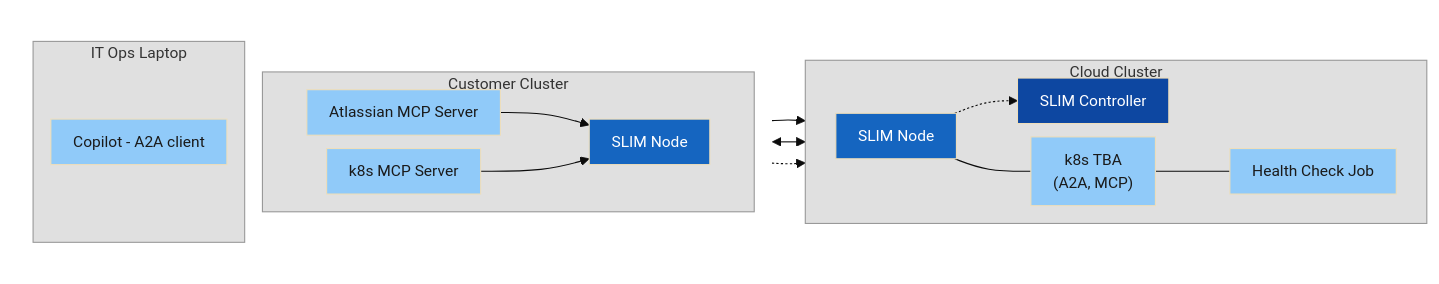
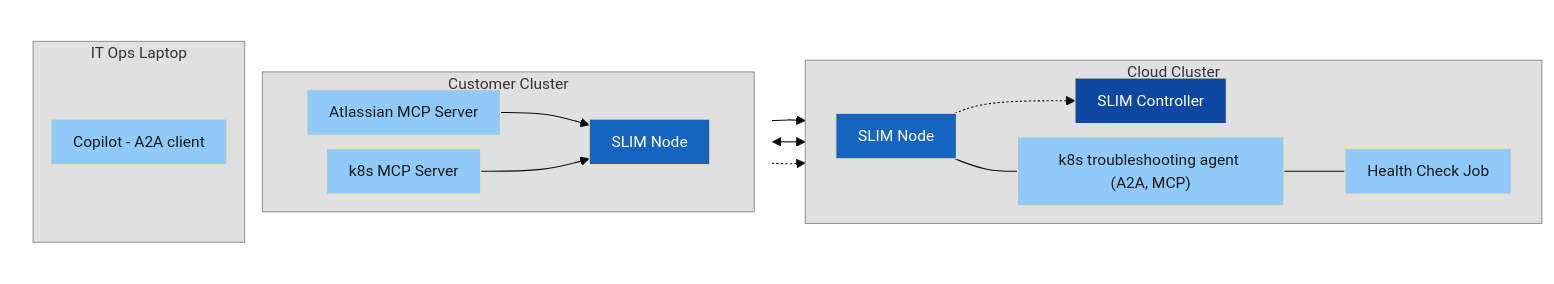
Before and after one commit to agntcy/blogs: the sixth of 9 diagrams in presentations/slim-multicluster-demo/slim-multicluster-demo.md, drawn with Mermaid. The commit also changed other lines of this file, not shown here.

````diff
--- a/presentations/slim-multicluster-demo/slim-multicluster-demo.md
+++ b/presentations/slim-multicluster-demo/slim-multicluster-demo.md
@@ -314,43 +313,43 @@
 ```mermaid
 %%{init: {'theme': 'base', 'themeVariables': {'fontSize': '14px'}, 'flowchart': {'nodeSpacing': 12, 'rankSpacing': 30, 'padding': 10}}}%%
 graph LR
     subgraph Left[" "]
         direction TB
         subgraph Customer[Customer Cluster]
             direction LR
             AMCP[Atlassian MCP Server] --> CSN[SLIM Node]
             KMCP[k8s MCP Server] --> CSN
         end
         subgraph Laptop[IT Ops Laptop]
             Copilot[Copilot - A2A client]
         end
     end
 
     subgraph Cloud[Cloud Cluster]
         direction LR
         SN[SLIM Node]
         SC[SLIM Controller]
         HCJ[Health Check Job]
-        K8S["k8s TBA\n(A2A, MCP)"]
+        K8S["k8s troubleshooting agent (A2A, MCP)"]
         SN -.-> SC
         SN --- K8S
         K8S --- HCJ
     end
 
     Copilot --> SN
     CSN <--> SN
     CSN -.-> SC
 
     style Left fill:none,stroke:none
     style Customer fill:#e0e0e0,stroke:#999,color:#333
     style Cloud fill:#e0e0e0,stroke:#999,color:#333
     style Laptop fill:#e0e0e0,stroke:#999,color:#333
     style SC fill:#0D47A1,color:#fff
     style SN fill:#1565C0,color:#fff
     style CSN fill:#1565C0,color:#fff
     style AMCP fill:#90CAF9,color:#1a1a1a
     style KMCP fill:#90CAF9,color:#1a1a1a
     style K8S fill:#90CAF9,color:#1a1a1a
     style HCJ fill:#90CAF9,color:#1a1a1a
     style Copilot fill:#90CAF9,color:#1a1a1a
 ```
````
